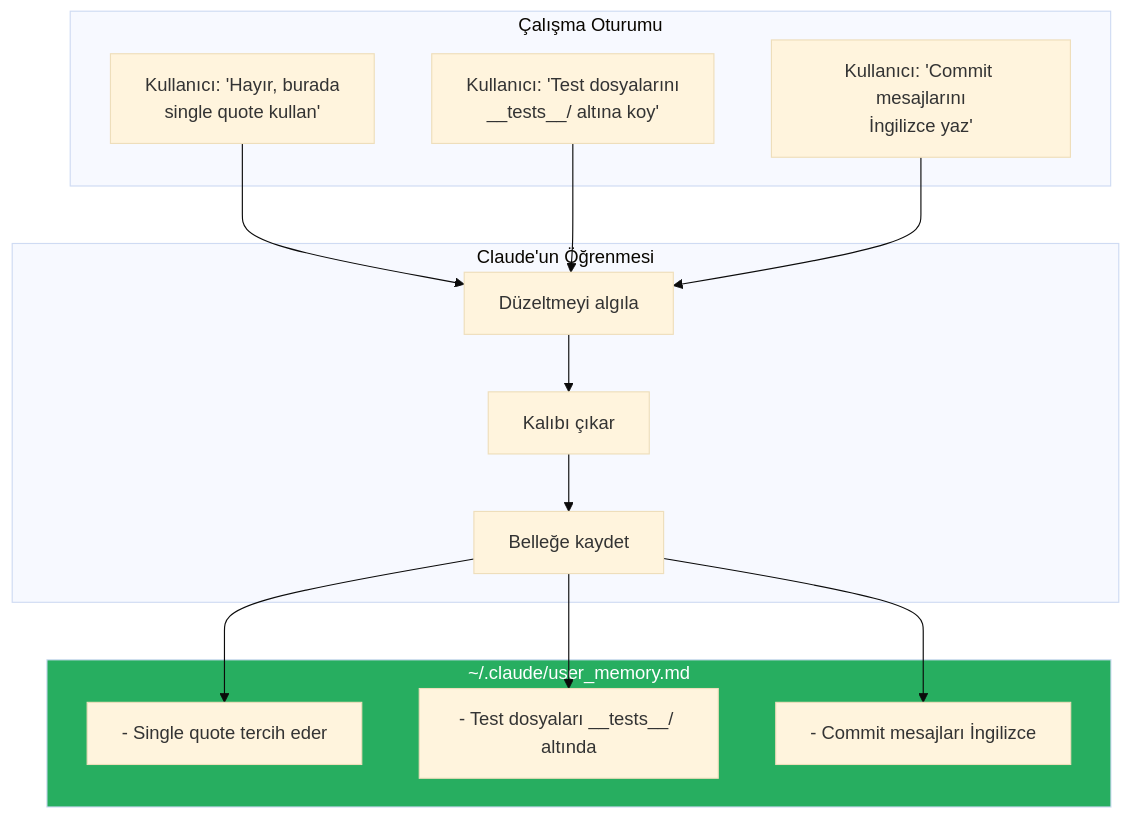
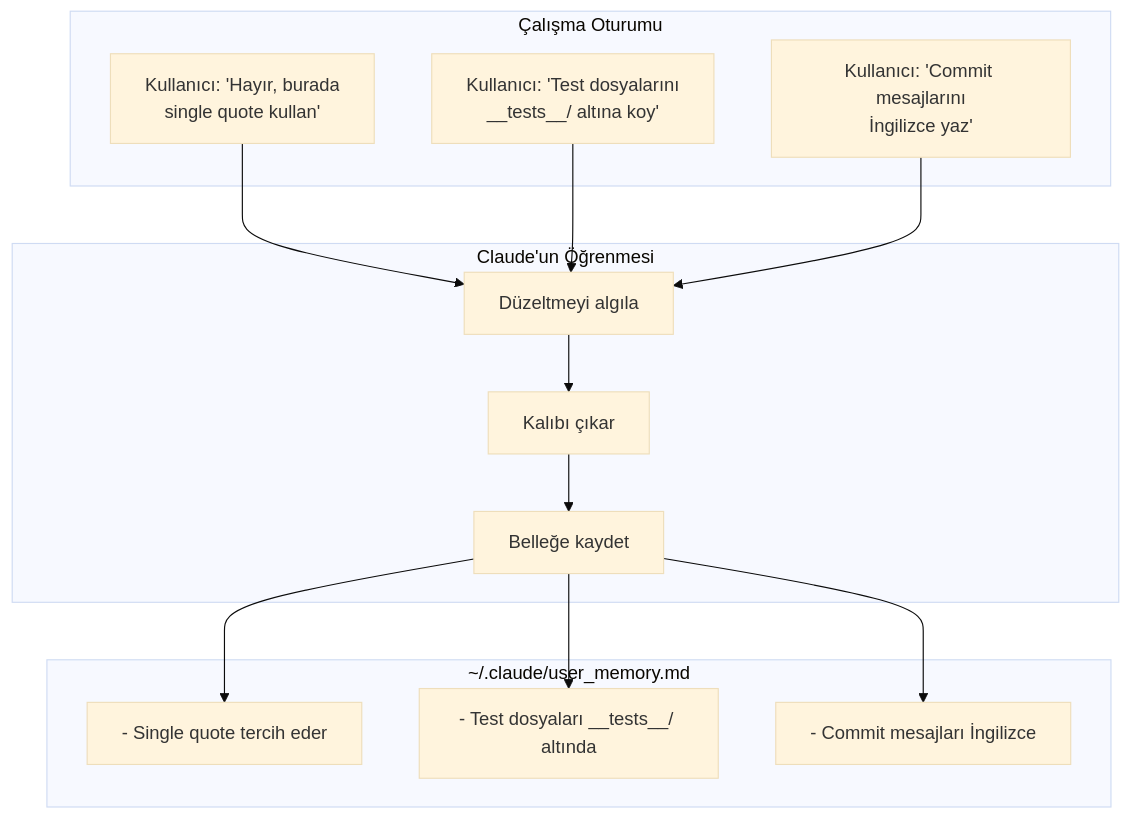
Before and after one commit to IzzetYasinAtes/ClaudeCodeHandbook: the first of 5 diagrams in 09-bellek-ve-baglam/04-otomatik-bellek.md, drawn with Mermaid (base theme). The commit also changed other lines of this file and 97 other files, not shown here.

Commit message:
Remove all custom Mermaid style/fill colors from 98 markdown files for consistent dark theme rendering

````diff
--- a/09-bellek-ve-baglam/04-otomatik-bellek.md
+++ b/09-bellek-ve-baglam/04-otomatik-bellek.md
@@ -18,30 +18,29 @@
 ```mermaid
 flowchart TD
     subgraph oturum ["Çalışma Oturumu"]
         U1["Kullanıcı: 'Hayır, burada<br/>single quote kullan'"]
         U2["Kullanıcı: 'Test dosyalarını<br/>__tests__/ altına koy'"]
         U3["Kullanıcı: 'Commit mesajlarını<br/>İngilizce yaz'"]
     end
 
     subgraph ogrenme ["Claude'un Öğrenmesi"]
         L1["Düzeltmeyi algıla"]
         L2["Kalıbı çıkar"]
         L3["Belleğe kaydet"]
     end
 
     subgraph bellek ["~/.claude/user_memory.md"]
         M1["- Single quote tercih eder"]
         M2["- Test dosyaları __tests__/ altında"]
         M3["- Commit mesajları İngilizce"]
     end
 
     U1 --> L1
     U2 --> L1
     U3 --> L1
     L1 --> L2 --> L3
     L3 --> M1
     L3 --> M2
     L3 --> M3
 
-    style bellek fill:#27AE60,color:#fff
 ```
````
